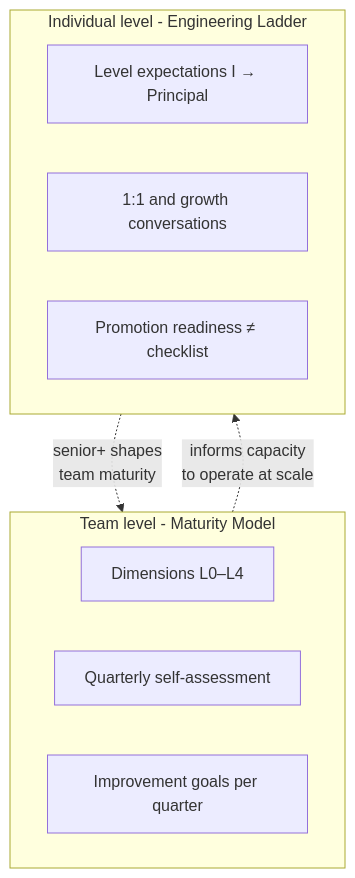
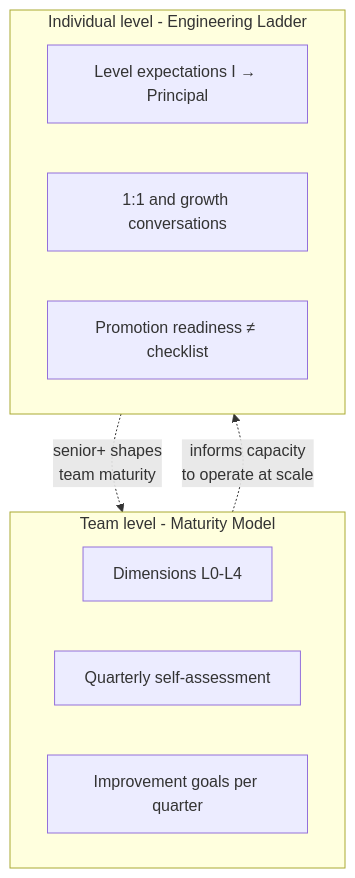
Before and after one commit to rishikeshdhokare/platform-manifesto: the second of 3 diagrams in 07-ways-of-working/02-engineering-ladder.md, drawn with Mermaid. The commit also changed other lines of this file and 37 other files, not shown here.

````diff
--- a/07-ways-of-working/02-engineering-ladder.md
+++ b/07-ways-of-working/02-engineering-ladder.md
@@ -109,15 +109,15 @@
 ```mermaid
 flowchart TB
     subgraph team [Team level - Maturity Model]
-        D1[Dimensions L0–L4]
+        D1[Dimensions L0-L4]
         D2[Quarterly self-assessment]
         D3[Improvement goals per quarter]
     end
     subgraph individual [Individual level - Engineering Ladder]
         L1[Level expectations I → Principal]
         L2[1:1 and growth conversations]
         L3[Promotion readiness ≠ checklist]
     end
     team -.->|"informs capacity<br/>to operate at scale"| individual
     individual -.->|"senior+ shapes<br/>team maturity"| team
 ```
````
